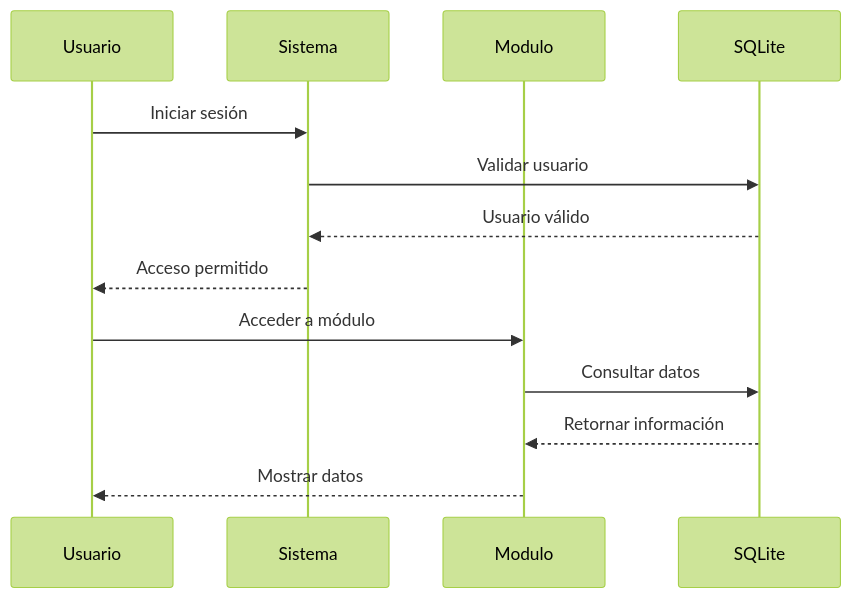
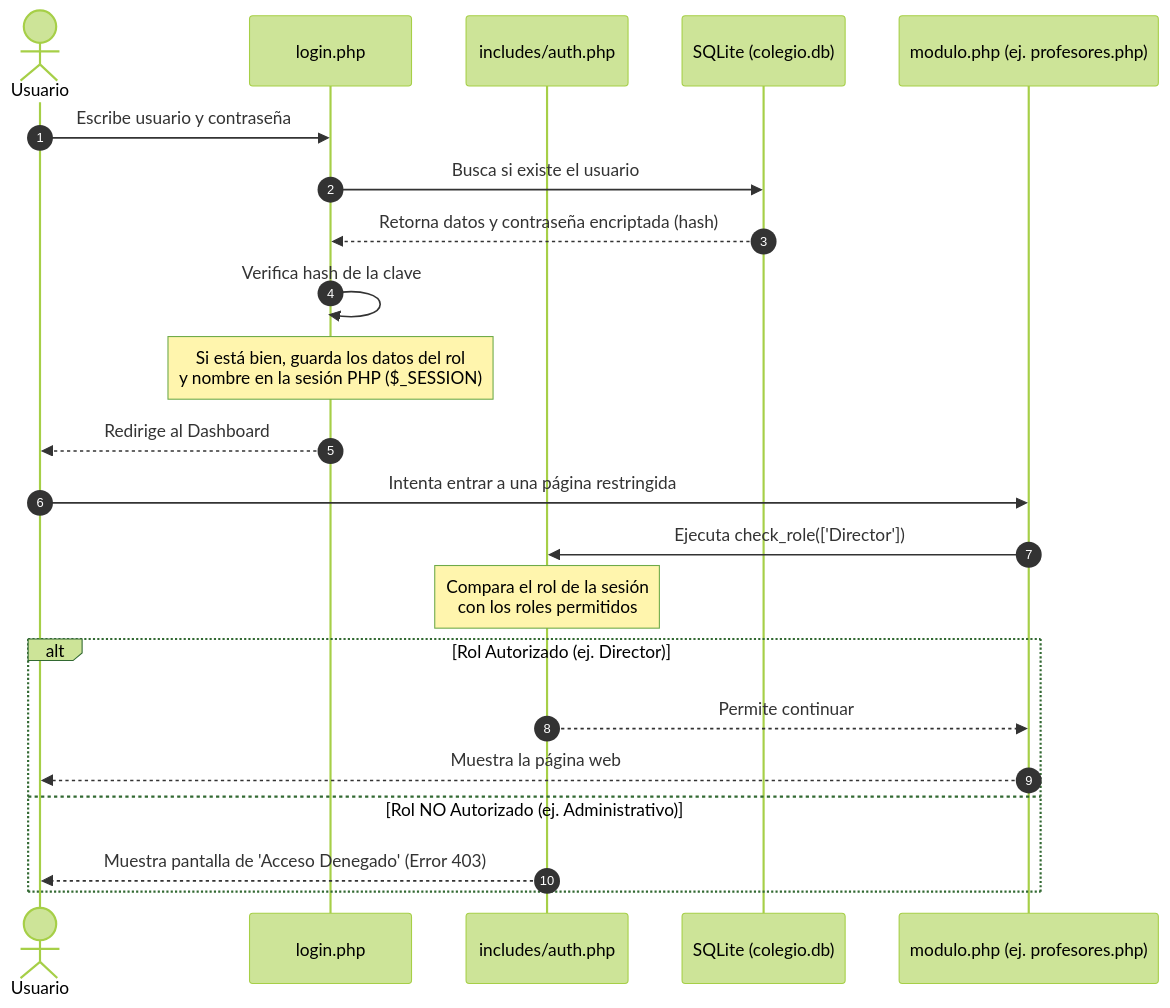
One commit to CeleCH/Sistema-Legacy- changed the second of 3 diagrams in README.md. Above: the diagram before and after it, drawn with Mermaid (forest theme). The commit also changed other lines of this file and 6 other files, not shown here.

Commit message:
Actualización del sistema legacy

````diff
--- a/README.md
+++ b/README.md
@@ -302,20 +63,26 @@
 ```mermaid
 sequenceDiagram
+    autonumber
+    actor Usuario
+    participant Login as login.php
+    participant Auth as includes/auth.php
+    participant DB as SQLite (colegio.db)
+    participant Modulo as modulo.php (ej. profesores.php)
 
-    participant Usuario
-    participant Sistema
-    participant Modulo
-    participant SQLite
-
-    Usuario->>Sistema: Iniciar sesión
-    Sistema->>SQLite: Validar usuario
-    SQLite-->>Sistema: Usuario válido
-
-    Sistema-->>Usuario: Acceso permitido
-
-    Usuario->>Modulo: Acceder a módulo
-    Modulo->>SQLite: Consultar datos
-    SQLite-->>Modulo: Retornar información
-
-    Modulo-->>Usuario: Mostrar datos
+    Usuario->>Login: Escribe usuario y contraseña
+    Login->>DB: Busca si existe el usuario
+    DB-->>Login: Retorna datos y contraseña encriptada (hash)
+    Login->>Login: Verifica hash de la clave
+    Note over Login: Si está bien, guarda los datos del rol<br/>y nombre en la sesión PHP ($_SESSION)
+    Login-->>Usuario: Redirige al Dashboard
+    
+    Usuario->>Modulo: Intenta entrar a una página restringida
+    Modulo->>Auth: Ejecuta check_role(['Director'])
+    Note over Auth: Compara el rol de la sesión<br/>con los roles permitidos
+    alt Rol Autorizado (ej. Director)
+        Auth-->>Modulo: Permite continuar
+        Modulo-->>Usuario: Muestra la página web
+    else Rol NO Autorizado (ej. Administrativo)
+        Auth-->>Usuario: Muestra pantalla de 'Acceso Denegado' (Error 403)
+    end
 ```
````
